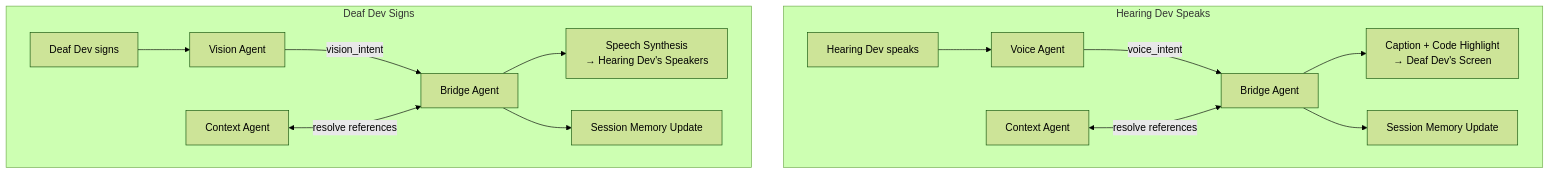
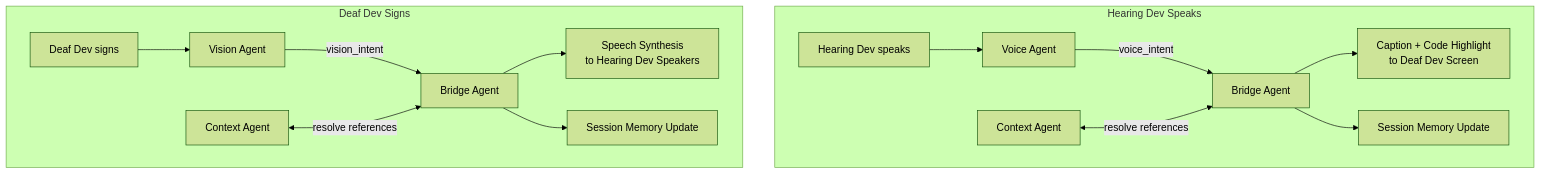
Before and after one commit to IndarKarhana/gemini-codebridge: the eighth of 13 diagrams in docs/ARCHITECTURE.md, drawn with Mermaid (forest theme). The commit also changed other lines of this file and 5 other files, not shown here.

First line of the commit message:
fix: repair mermaid diagrams and remove .cursor directory

````diff
--- a/docs/ARCHITECTURE.md
+++ b/docs/ARCHITECTURE.md
@@ -449,18 +449,18 @@
 ```mermaid
 flowchart TD
     subgraph hearing["Hearing Dev Speaks"]
         H1["Hearing Dev speaks"] --> H2["Voice Agent"]
         H2 -->|voice_intent| H3["Bridge Agent"]
         H4["Context Agent"] <-->|resolve references| H3
-        H3 --> H5["Caption + Code Highlight\n→ Deaf Dev's Screen"]
+        H3 --> H5["Caption + Code Highlight<br/>to Deaf Dev Screen"]
         H3 --> H6["Session Memory Update"]
     end
 
     subgraph deaf["Deaf Dev Signs"]
         D1["Deaf Dev signs"] --> D2["Vision Agent"]
         D2 -->|vision_intent| D3["Bridge Agent"]
         D4["Context Agent"] <-->|resolve references| D3
-        D3 --> D5["Speech Synthesis\n→ Hearing Dev's Speakers"]
+        D3 --> D5["Speech Synthesis<br/>to Hearing Dev Speakers"]
         D3 --> D6["Session Memory Update"]
     end
 ```
````
